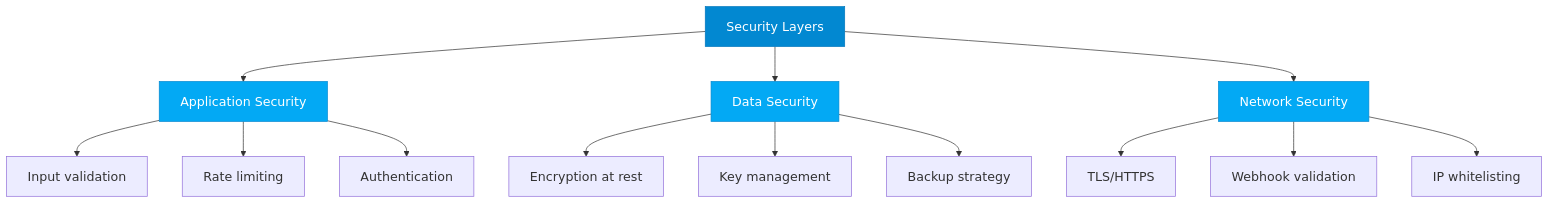
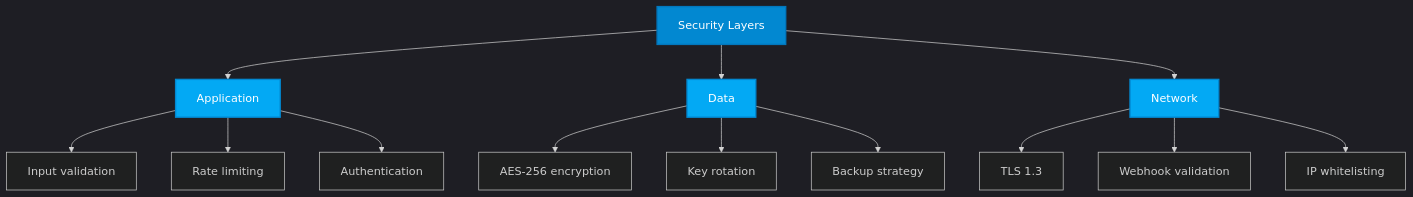
One commit to FSE-Class-Project/xrp-telegram-bot changed the fourth of 7 diagrams in presentation/xrp-telegram-bot-presentation.qmd. Above: the diagram before and after it, drawn with Mermaid. The commit also changed other lines of this file and 2 other files, not shown here.

````diff
--- a/presentation/xrp-telegram-bot-presentation.qmd
+++ b/presentation/xrp-telegram-bot-presentation.qmd
@@ -412,24 +423,24 @@
 ```{mermaid}
-%%{init: {'theme': 'default', 'themeVariables': {'fontSize': '18px'}}}%%
+%%{init: {'theme': 'dark', 'themeVariables': {'fontSize': '16px'}}}%%
 graph TD
-    A[Security Layers] --> B[Application Security]
-    A --> C[Data Security]
-    A --> D[Network Security]
+    A[Security Layers] --> B[Application]
+    A --> C[Data]
+    A --> D[Network]
 
     B --> B1[Input validation]
     B --> B2[Rate limiting]
     B --> B3[Authentication]
 
-    C --> C1[Encryption at rest]
-    C --> C2[Key management]
+    C --> C1[AES-256 encryption]
+    C --> C2[Key rotation]
     C --> C3[Backup strategy]
 
-    D --> D1[TLS/HTTPS]
+    D --> D1[TLS 1.3]
     D --> D2[Webhook validation]
     D --> D3[IP whitelisting]
 
-    style A fill:#0288d1,stroke:#0277bd,color:#fff
-    style B fill:#03a9f4,stroke:#0288d1,color:#fff
-    style C fill:#03a9f4,stroke:#0288d1,color:#fff
-    style D fill:#03a9f4,stroke:#0288d1,color:#fff
+    style A fill:#0288d1,stroke:#0277bd,stroke-width:2px,color:#fff
+    style B fill:#03a9f4,stroke:#0288d1,stroke-width:2px,color:#fff
+    style C fill:#03a9f4,stroke:#0288d1,stroke-width:2px,color:#fff
+    style D fill:#03a9f4,stroke:#0288d1,stroke-width:2px,color:#fff
 ```
````
